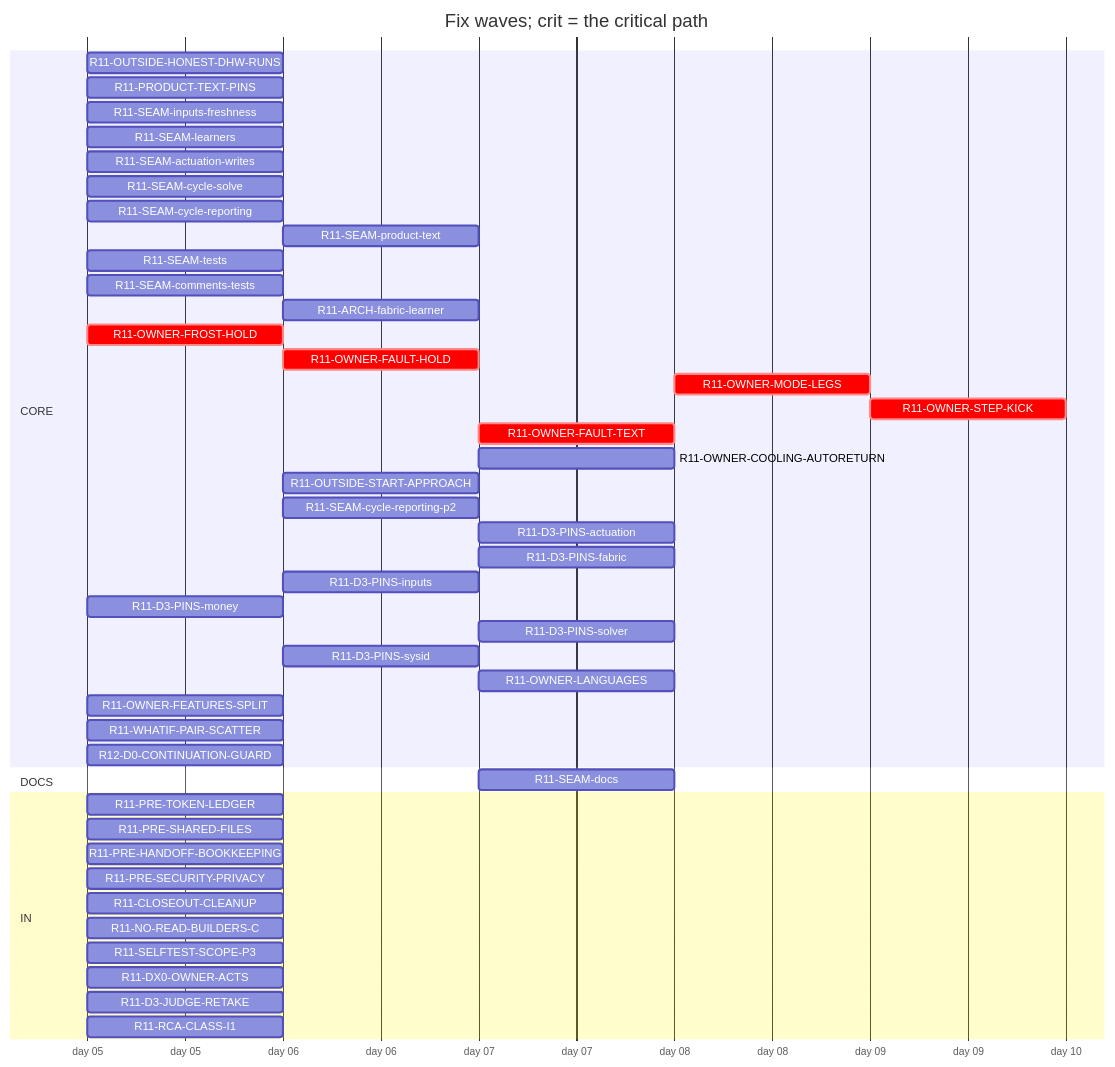
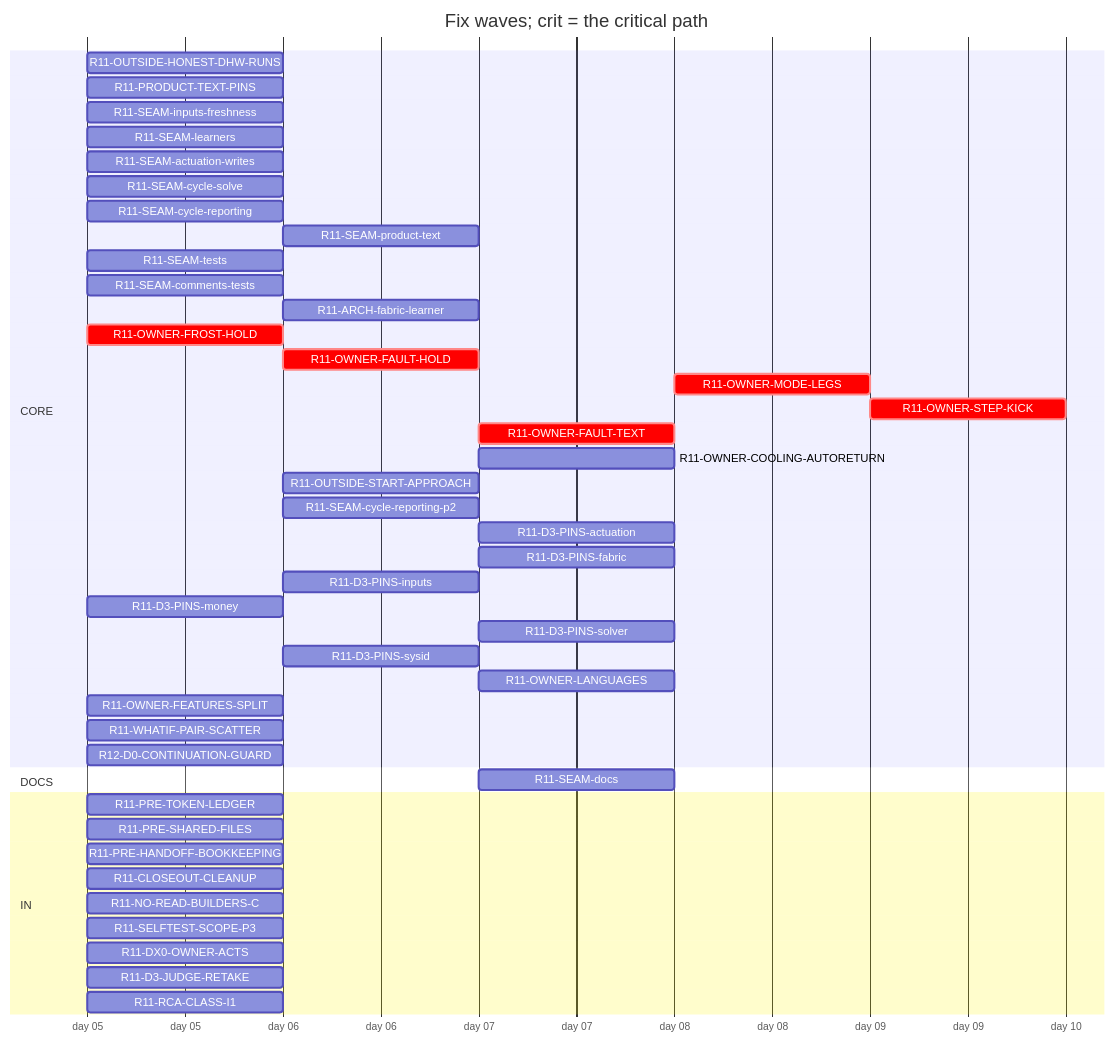
The diagram in handoff/round11/state/PLAN-TABLE.md (tvofi/heatpump_optimizer), drawn with Mermaid before and after one commit. The commit also changed other lines of this file and 3 other files, not shown here.

Commit message:
state: FLOW-BOARD.md, NEXT-SESSION-PROMPT.md, PLAN-TABLE.md, RESUME-CURRENT.md regenerated (state_docs.py)

````diff
--- a/handoff/round11/state/PLAN-TABLE.md
+++ b/handoff/round11/state/PLAN-TABLE.md
@@ -16,49 +16,48 @@
 ```mermaid
 gantt
   title Fix waves; crit = the critical path
   dateFormat YYYY-MM-DD
   axisFormat day %d
   section CORE
     R11-OUTSIDE-HONEST-DHW-RUNS :r11OUTSIDEHONESTDHWRUNS, 2026-01-05, 1d
     R11-PRODUCT-TEXT-PINS :r11PRODUCTTEXTPINS, 2026-01-05, 1d
     R11-SEAM-inputs-freshness :r11SEAMinputsfreshness, 2026-01-05, 1d
     R11-SEAM-learners :r11SEAMlearners, 2026-01-05, 1d
     R11-SEAM-actuation-writes :r11SEAMactuationwrites, 2026-01-05, 1d
     R11-SEAM-cycle-solve :r11SEAMcyclesolve, 2026-01-05, 1d
     R11-SEAM-cycle-reporting :r11SEAMcyclereporting, 2026-01-05, 1d
     R11-SEAM-product-text :r11SEAMproducttext, after r11SEAMactuationwrites r11SEAMinputsfreshness r11SEAMcyclesolve r11SEAMcyclereporting, 1d
     R11-SEAM-tests :r11SEAMtests, 2026-01-05, 1d
     R11-SEAM-comments-tests :r11SEAMcommentstests, 2026-01-05, 1d
     R11-ARCH-fabric-learner :r11ARCHfabriclearner, after r11SEAMlearners, 1d
     R11-OWNER-FROST-HOLD :crit, r11OWNERFROSTHOLD, 2026-01-05, 1d
     R11-OWNER-FAULT-HOLD :crit, r11OWNERFAULTHOLD, after r11OWNERFROSTHOLD, 1d
     R11-OWNER-MODE-LEGS :crit, r11OWNERMODELEGS, after r11OWNERFAULTTEXT, 1d
     R11-OWNER-STEP-KICK :crit, r11OWNERSTEPKICK, after r11OWNERMODELEGS, 1d
     R11-OWNER-FAULT-TEXT :crit, r11OWNERFAULTTEXT, after r11OWNERFAULTHOLD, 1d
     R11-OWNER-COOLING-AUTORETURN :r11OWNERCOOLINGAUTORETURN, after r11OWNERFAULTHOLD, 1d
     R11-OUTSIDE-START-APPROACH :r11OUTSIDESTARTAPPROACH, after r11OUTSIDEHONESTDHWRUNS r11SEAMlearners, 1d
     R11-SEAM-cycle-reporting-p2 :r11SEAMcyclereportingp2, after r11SEAMcyclereporting r11SEAMactuationwrites r11SEAMlearners, 1d
     R11-D3-PINS-actuation :r11D3PINSactuation, after r11SEAMactuationwrites r11OWNERFAULTHOLD, 1d
     R11-D3-PINS-fabric :r11D3PINSfabric, after r11ARCHfabriclearner r11SEAMcyclereporting r11OUTSIDESTARTAPPROACH, 1d
     R11-D3-PINS-inputs :r11D3PINSinputs, after r11SEAMinputsfreshness, 1d
     R11-D3-PINS-money :r11D3PINSmoney, 2026-01-05, 1d
     R11-D3-PINS-solver :r11D3PINSsolver, after r11OUTSIDESTARTAPPROACH r11SEAMcyclereporting, 1d
     R11-D3-PINS-sysid :r11D3PINSsysid, after r11SEAMlearners, 1d
     R11-OWNER-LANGUAGES :r11OWNERLANGUAGES, after r11SEAMproducttext, 1d
     R11-OWNER-FEATURES-SPLIT :r11OWNERFEATURESSPLIT, 2026-01-05, 1d
     R11-WHATIF-PAIR-SCATTER :r11WHATIFPAIRSCATTER, 2026-01-05, 1d
     R12-D0-CONTINUATION-GUARD :r12D0CONTINUATIONGUARD, 2026-01-05, 1d
   section DOCS
     R11-SEAM-docs :r11SEAMdocs, after r11SEAMlearners r11SEAMactuationwrites r11SEAMinputsfreshness r11SEAMcyclesolve r11SEAMcyclereporting r11SEAMproducttext, 1d
   section IN
     R11-PRE-TOKEN-LEDGER :r11PRETOKENLEDGER, 2026-01-05, 1d
     R11-PRE-SHARED-FILES :r11PRESHAREDFILES, 2026-01-05, 1d
     R11-PRE-HANDOFF-BOOKKEEPING :r11PREHANDOFFBOOKKEEPING, 2026-01-05, 1d
-    R11-PRE-SECURITY-PRIVACY :r11PRESECURITYPRIVACY, 2026-01-05, 1d
     R11-CLOSEOUT-CLEANUP :r11CLOSEOUTCLEANUP, 2026-01-05, 1d
     R11-NO-READ-BUILDERS-C :r11NOREADBUILDERSC, 2026-01-05, 1d
     R11-SELFTEST-SCOPE-P3 :r11SELFTESTSCOPEP3, 2026-01-05, 1d
     R11-DX0-OWNER-ACTS :r11DX0OWNERACTS, 2026-01-05, 1d
     R11-D3-JUDGE-RETAKE :r11D3JUDGERETAKE, 2026-01-05, 1d
     R11-RCA-CLASS-I1 :r11RCACLASSI1, 2026-01-05, 1d
 ```
````
